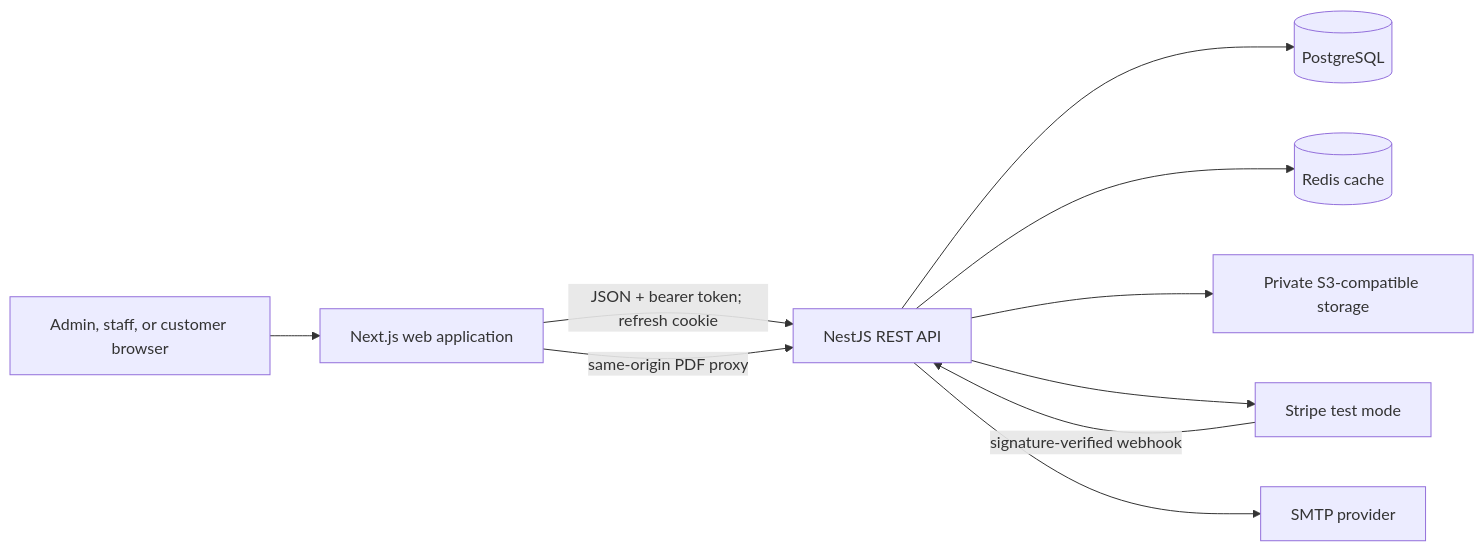
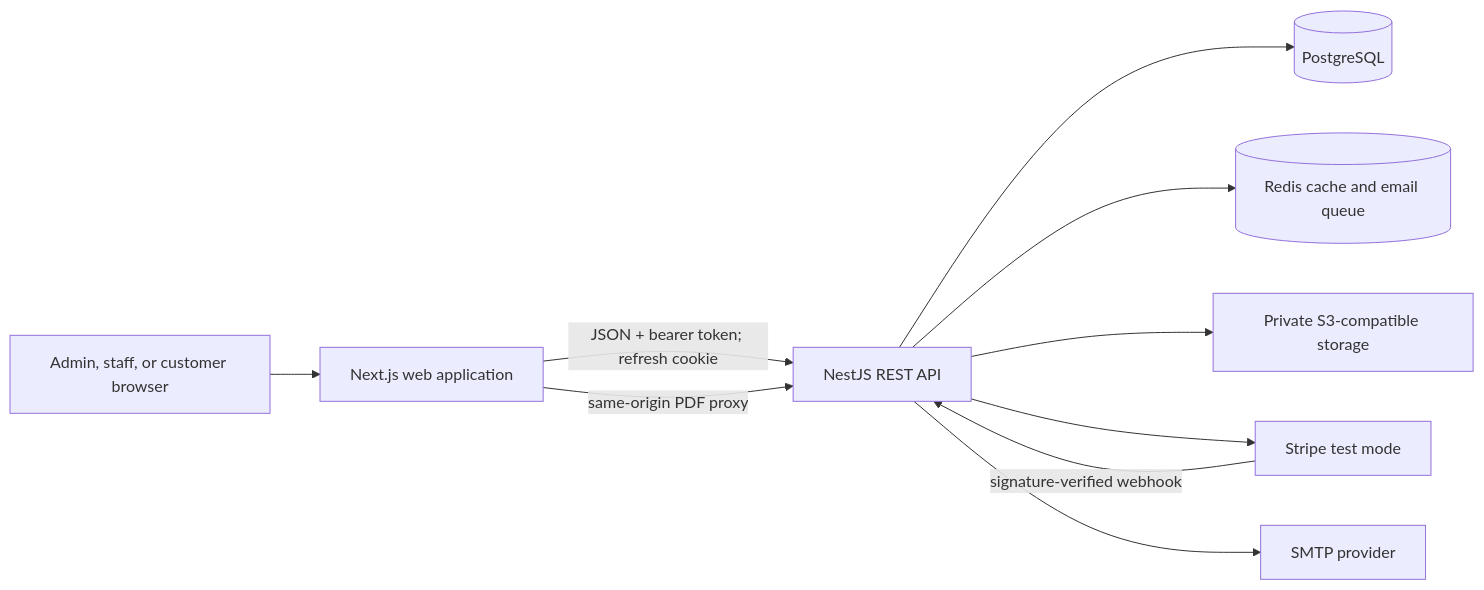
One commit to Sheyshya11/mero-telecom changed the first of 2 diagrams in docs/architecture/system-architecture.md. Above: the diagram before and after it, drawn with Mermaid. The commit also changed other lines of this file and 81 other files, not shown here.

````diff
--- a/docs/architecture/system-architecture.md
+++ b/docs/architecture/system-architecture.md
@@ -11,12 +11,12 @@
 ```mermaid
 flowchart LR
   U["Admin, staff, or customer browser"] --> W["Next.js web application"]
   W -->|"JSON + bearer token; refresh cookie"| A["NestJS REST API"]
   W -->|"same-origin PDF proxy"| A
   A --> P[("PostgreSQL")]
-  A --> R[("Redis cache")]
+  A --> R[("Redis cache and email queue")]
   A --> S["Private S3-compatible storage"]
   A --> T["Stripe test mode"]
   A --> M["SMTP provider"]
   T -->|"signature-verified webhook"| A
 ```
````
